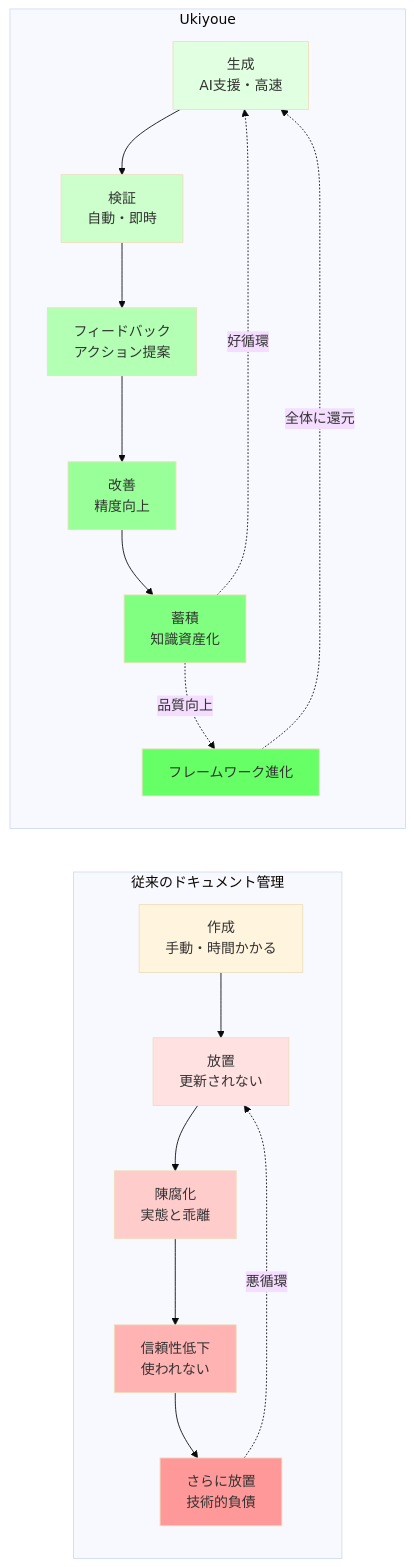
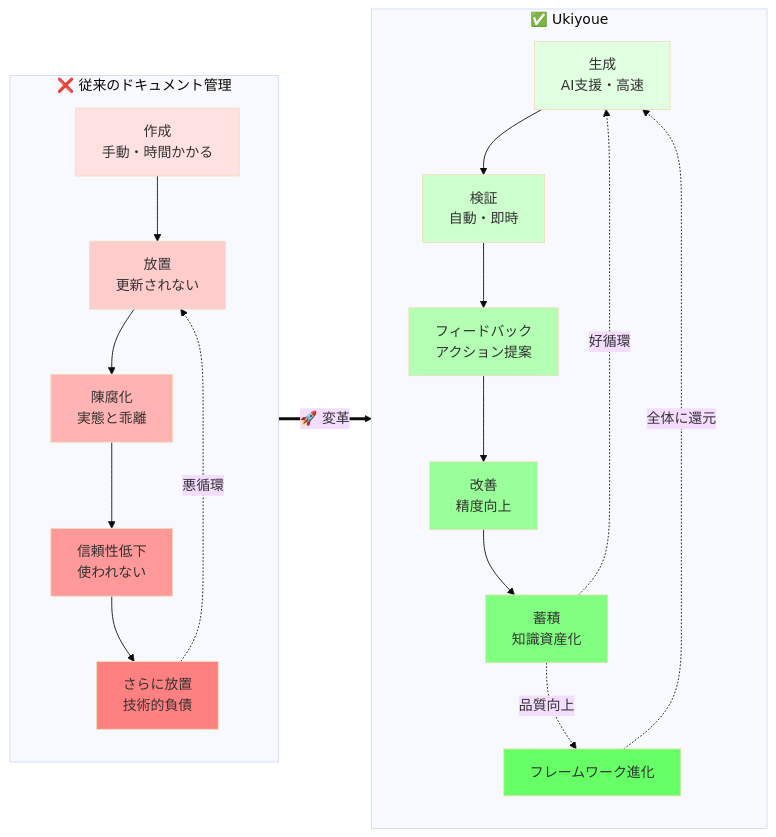
Before and after one commit to mahitotsu/ukiyoue: the second of 2 diagrams in docs/working-backwards.md, drawn with Mermaid (base theme). The commit also changed other lines of this file, not shown here.

````diff
--- a/docs/working-backwards.md
+++ b/docs/working-backwards.md
@@ -415,34 +428,35 @@
 ```mermaid
 graph LR
-    subgraph "従来のドキュメント管理"
-        direction TB
+    subgraph before["❌ 従来のドキュメント管理"]
         T1[作成<br/>手動・時間かかる] --> T2[放置<br/>更新されない]
         T2 --> T3[陳腐化<br/>実態と乖離]
         T3 --> T4[信頼性低下<br/>使われない]
         T4 --> T5[さらに放置<br/>技術的負債]
         T5 -.->|悪循環| T2
     end
 
-    subgraph "Ukiyoue"
-        direction TB
+    subgraph after["✅ Ukiyoue"]
         U1[生成<br/>AI支援・高速] --> U2[検証<br/>自動・即時]
         U2 --> U3[フィードバック<br/>アクション提案]
         U3 --> U4[改善<br/>精度向上]
         U4 --> U5[蓄積<br/>知識資産化]
         U5 -.->|好循環| U1
         U5 -.->|品質向上| U6[フレームワーク進化]
         U6 -.->|全体に還元| U1
     end
 
-    style T2 fill:#ffe1e1
-    style T3 fill:#ffcccc
-    style T4 fill:#ffb3b3
-    style T5 fill:#ff9999
+    before ==>|🚀 変革| after
+
+    style T1 fill:#ffe1e1
+    style T2 fill:#ffcccc
+    style T3 fill:#ffb3b3
+    style T4 fill:#ff9999
+    style T5 fill:#ff8080
 
     style U1 fill:#e1ffe1
     style U2 fill:#ccffcc
     style U3 fill:#b3ffb3
     style U4 fill:#99ff99
     style U5 fill:#80ff80
     style U6 fill:#66ff66
 ```
````
